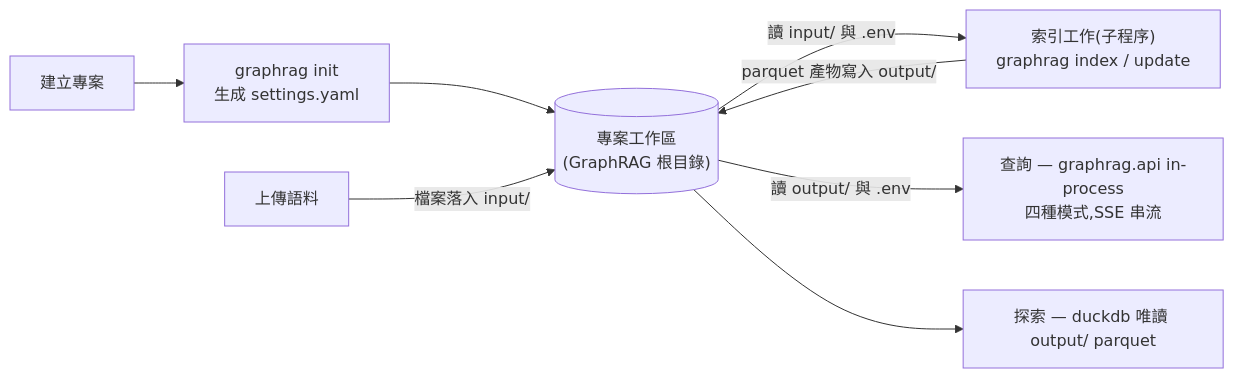
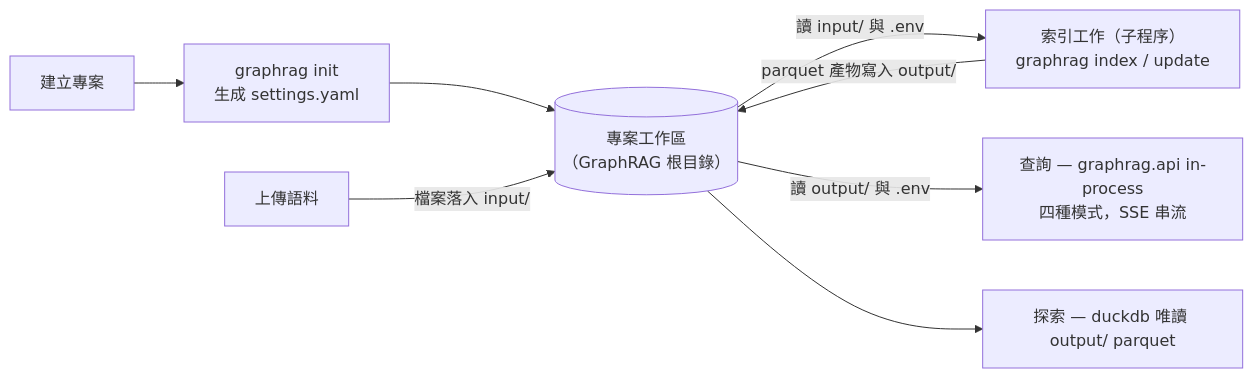
The second of 3 diagrams in docs/zh-TW/README.md (kehao-playground/graphrag-web-ui), drawn with Mermaid before and after one commit. The commit also changed other lines of this file and 6 other files, not shown here.

````diff
--- a/docs/zh-TW/README.md
+++ b/docs/zh-TW/README.md
@@ -69,10 +71,10 @@
 ```mermaid
 flowchart LR
     P["建立專案"] --> I["graphrag init<br/>生成 settings.yaml"]
-    I --> W[("專案工作區<br/>(GraphRAG 根目錄)")]
+    I --> W[("專案工作區<br/>（GraphRAG 根目錄）")]
     U["上傳語料"] -->|"檔案落入 input/"| W
-    W -->|"讀 input/ 與 .env"| X["索引工作(子程序)<br/>graphrag index / update"]
+    W -->|"讀 input/ 與 .env"| X["索引工作（子程序）<br/>graphrag index / update"]
     X -->|"parquet 產物寫入 output/"| W
-    W -->|"讀 output/ 與 .env"| Q["查詢 — graphrag.api in-process<br/>四種模式,SSE 串流"]
+    W -->|"讀 output/ 與 .env"| Q["查詢 — graphrag.api in-process<br/>四種模式，SSE 串流"]
     W --> E["探索 — duckdb 唯讀 output/ parquet"]
 ```
````
